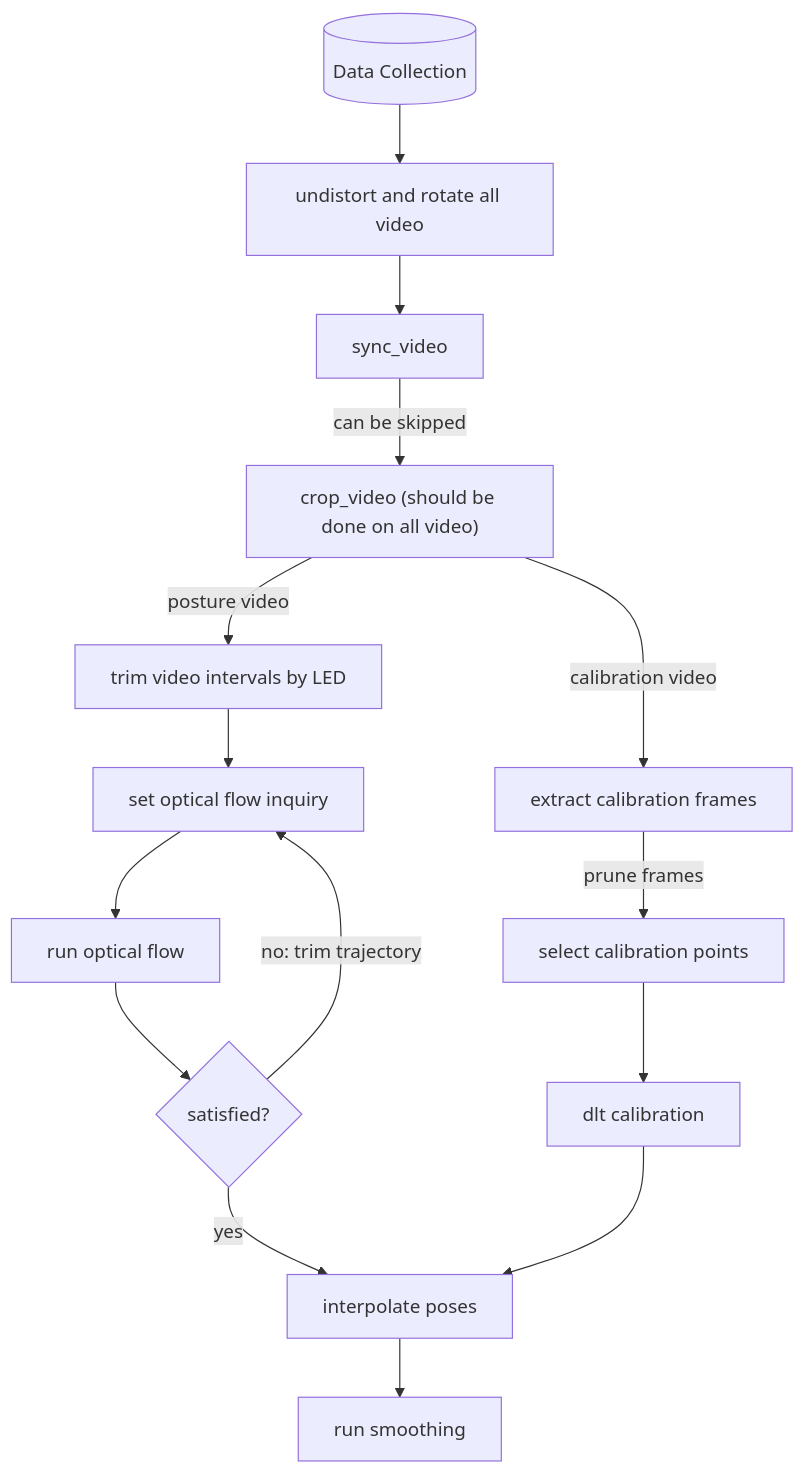
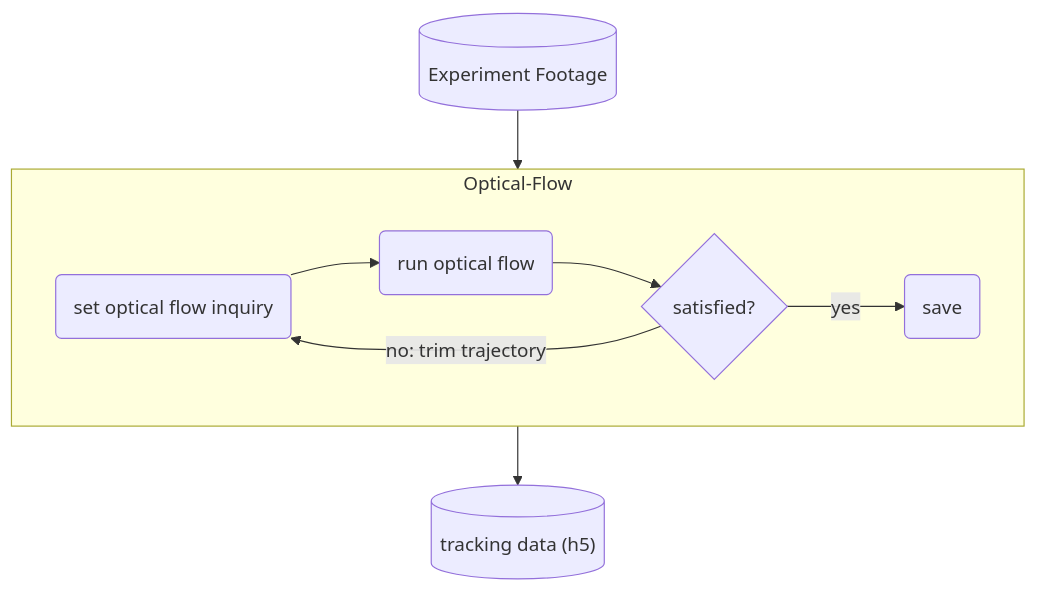
Before and after one commit to GazzolaLab/BR2-vision-based-smoothing: the fifth of 6 diagrams in README.md, drawn with Mermaid. The commit also changed other lines of this file, not shown here.

````diff
--- a/README.md
+++ b/README.md
@@ -56,26 +114,14 @@
 ```mermaid
 flowchart TD
-    collect[("Data Collection")]
-    proc1["undistort and rotate all video"]
-    proc2["sync_video"]
-    proc3["crop_video (should be done on all video)"]
-    cal1["extract calibration frames"]
-    cal2["select calibration points"]
-    cal3["dlt calibration"]
-    trim["trim video intervals by LED"]
-    opt1["set optical flow inquiry"]
-    opt2["run optical flow"]
-    smt1["interpolate poses"]
-    smt2["run smoothing"]
-
-    C{satisfied?}
-
-    collect --> proc1 --> proc2 -->|can be skipped| proc3
-    proc3 -->|calibration video| cal1 -->|prune frames| cal2 --> cal3
-    proc3 -->|posture video| trim --> opt1 --> opt2 --> C
-    C -->|no: trim trajectory| opt1
-    C -->|yes| smt1
-    
-    cal3 --> smt1
-    smt1 --> smt2
+    collect[("Experiment Footage")]
+    T[("tracking data (h5)")]
+    subgraph Optical-Flow
+        opt1("set optical flow inquiry")
+        opt2("run optical flow")
+        
+        opt1 --> opt2 --> C{satisfied?}
+        C -->|no: trim trajectory| opt1
+        C -->|yes| D("save")
+    end
+    collect --> Optical-Flow --> T
 ```
````
